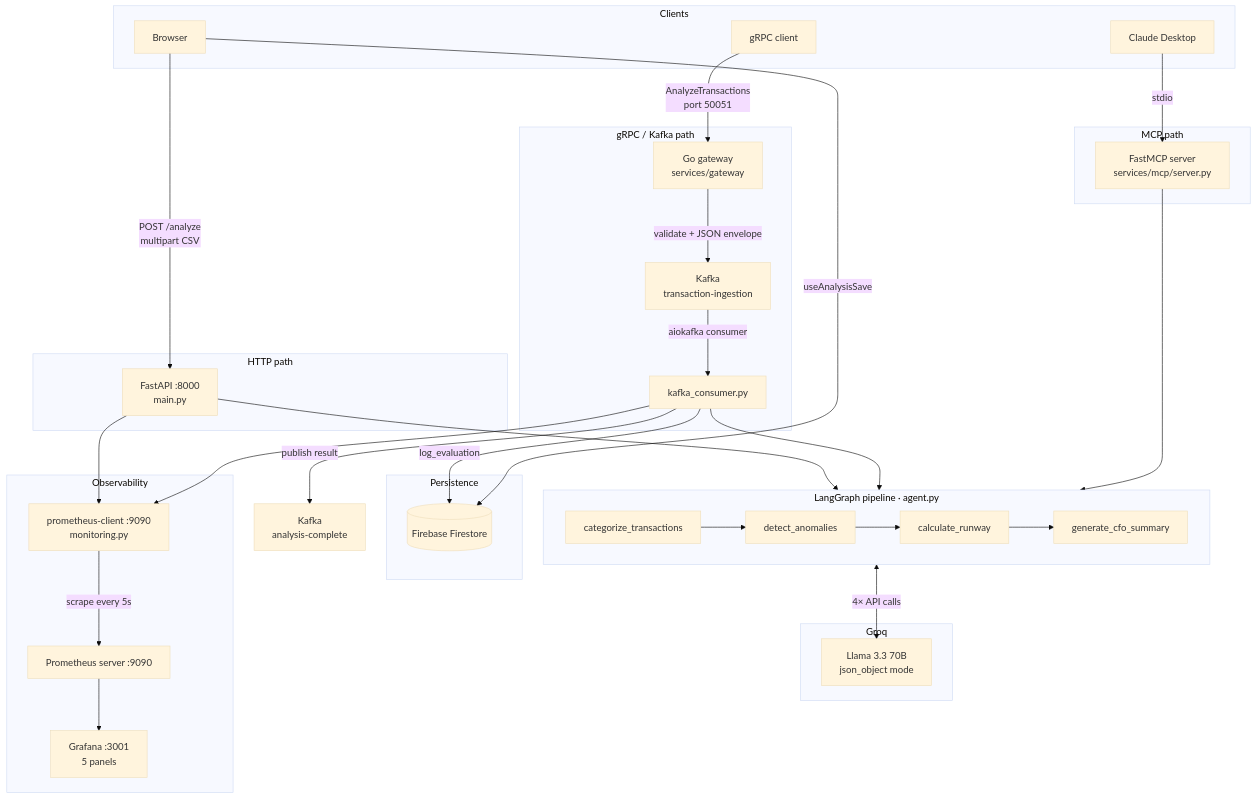
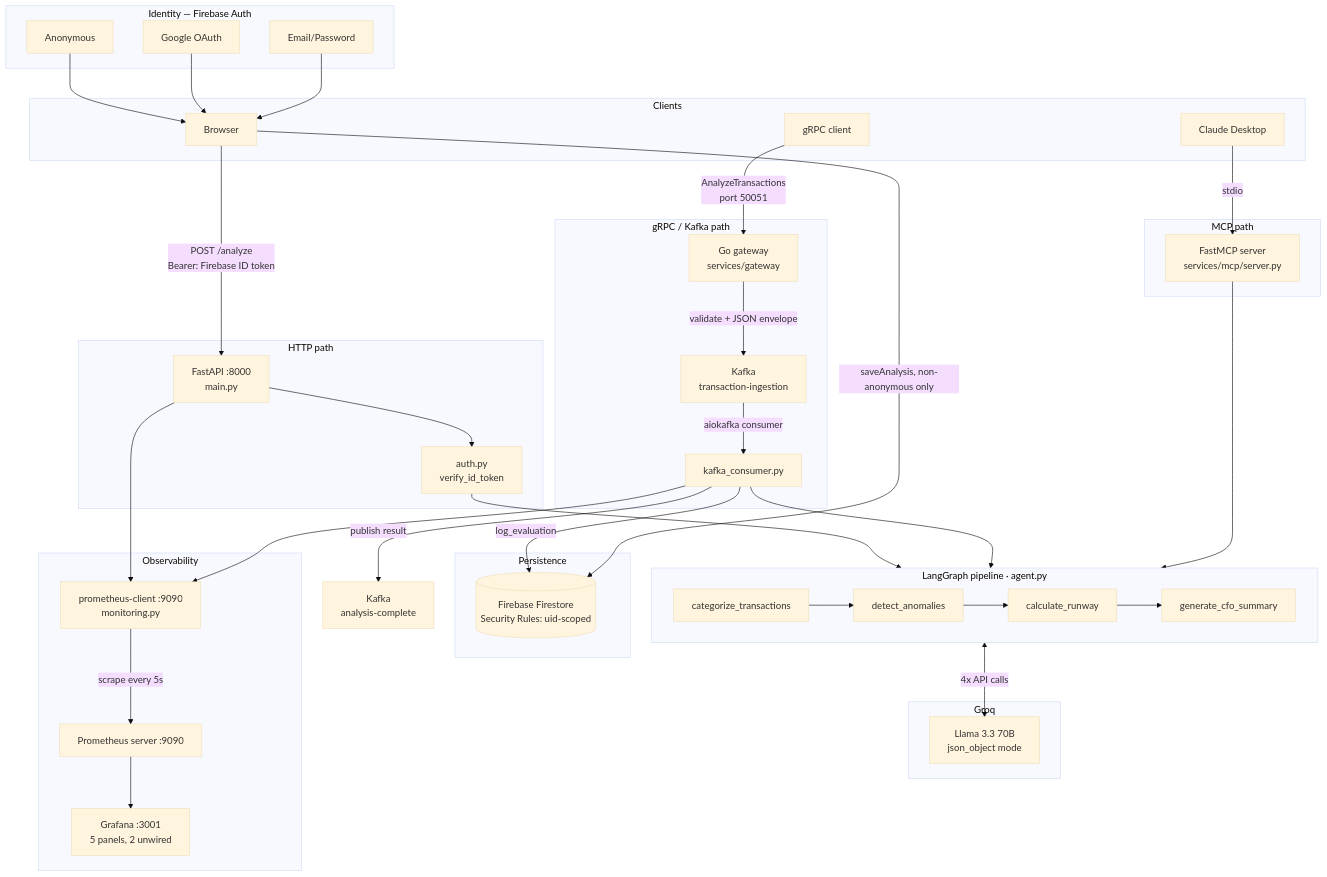
One commit to gaurannggg7/cpg-cfo-agent changed the diagram in ARCHITECTURE.md. Above: the diagram before and after it, drawn with Mermaid (base theme). The commit also changed other lines of this file and 14 other files, not shown here.

Commit message:
Clean up comments, update README and ARCHITECTURE documentation

````diff
--- a/ARCHITECTURE.md
+++ b/ARCHITECTURE.md
@@ -7,56 +7,67 @@
 ```mermaid
 flowchart TD
     subgraph clients["Clients"]
         BROWSER[Browser]
         GRPC_CLIENT[gRPC client]
         CLAUDE[Claude Desktop]
     end
 
     subgraph http["HTTP path"]
-        BROWSER -->|POST /analyze\nmultipart CSV| API[FastAPI :8000\nmain.py]
+        BROWSER -->|POST /analyze\nBearer: Firebase ID token| API[FastAPI :8000\nmain.py]
+        API --> AUTH[auth.py\nverify_id_token]
     end
 
     subgraph grpc["gRPC / Kafka path"]
         GRPC_CLIENT -->|AnalyzeTransactions\nport 50051| GW[Go gateway\nservices/gateway]
         GW -->|validate + JSON envelope| KIN[Kafka\ntransaction-ingestion]
         KIN -->|aiokafka consumer| KC[kafka_consumer.py]
     end
 
     subgraph mcp["MCP path"]
         CLAUDE -->|stdio| MCP[FastMCP server\nservices/mcp/server.py]
     end
 
     subgraph pipeline["LangGraph pipeline  ·  agent.py"]
         P1[categorize_transactions] --> P2[detect_anomalies]
         P2 --> P3[calculate_runway]
         P3 --> P4[generate_cfo_summary]
     end
 
     subgraph groq["Groq"]
         LLM[Llama 3.3 70B\njson_object mode]
     end
 
-    API --> pipeline
+    AUTH --> pipeline
     KC --> pipeline
     MCP --> pipeline
-    pipeline <-->|4× API calls| LLM
+    pipeline <-->|4x API calls| LLM
+
+    subgraph identity["Identity — Firebase Auth"]
+        GUEST[Anonymous]
+        GOOGLE[Google OAuth]
+        EMAIL[Email/Password]
+    end
+
+    GUEST --> BROWSER
+    GOOGLE --> BROWSER
+    EMAIL --> BROWSER
 
     subgraph persistence["Persistence"]
-        FS[(Firebase Firestore)]
+        FS[(Firebase Firestore\nSecurity Rules: uid-scoped)]
     end
 
     subgraph observability["Observability"]
         METRICS[prometheus-client :9090\nmonitoring.py]
         PROM[Prometheus server :9090]
-        GRAFANA[Grafana :3001\n5 panels]
+        GRAFANA[Grafana :3001\n5 panels, 2 unwired]
     end
 
     KC -->|log_evaluation| FS
-    BROWSER -->|useAnalysisSave| FS
+    BROWSER -->|saveAnalysis, non-anonymous only| FS
     KC -->|publish result| KOUT[Kafka\nanalysis-complete]
 
     API --> METRICS
     KC --> METRICS
     METRICS -->|scrape every 5s| PROM
     PROM --> GRAFANA
 ```
````
